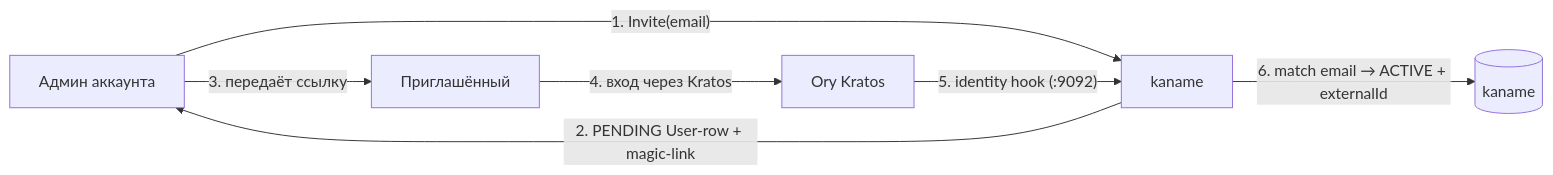
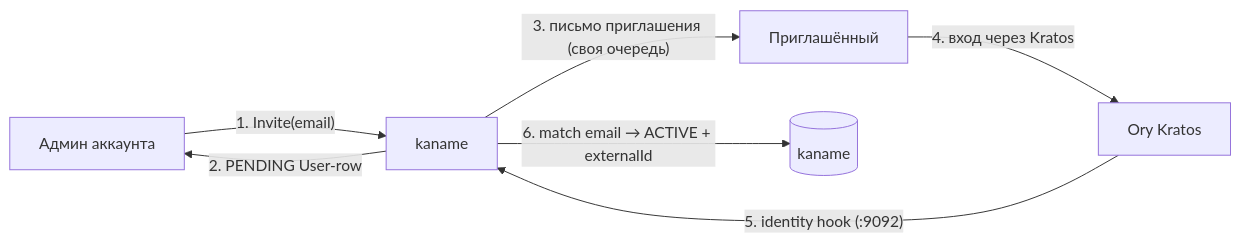
One commit to PRO-Robotech/kaname changed the first of 2 diagrams in docs/content/architecture/identity.mdx. Above: the diagram before and after it, drawn with Mermaid. The commit also changed other lines of this file and 66 other files, not shown here.

````diff
--- a/docs/content/architecture/identity.mdx
+++ b/docs/content/architecture/identity.mdx
@@ -57,9 +57,9 @@
 ```mermaid
 flowchart LR
   admin["Админ аккаунта"] -->|"1. Invite(email)"| iam["kaname"]
-  iam -->|"2. PENDING User-row + magic-link"| admin
-  admin -->|"3. передаёт ссылку"| user["Приглашённый"]
+  iam -->|"2. PENDING User-row"| admin
+  iam -->|"3. письмо приглашения (своя очередь)"| user["Приглашённый"]
   user -->|"4. вход через Kratos"| kratos["Ory Kratos"]
   kratos -->|"5. identity hook (:9092)"| iam
   iam -->|"6. match email → ACTIVE + externalId"| pg[("kaname")]
 ```
````
